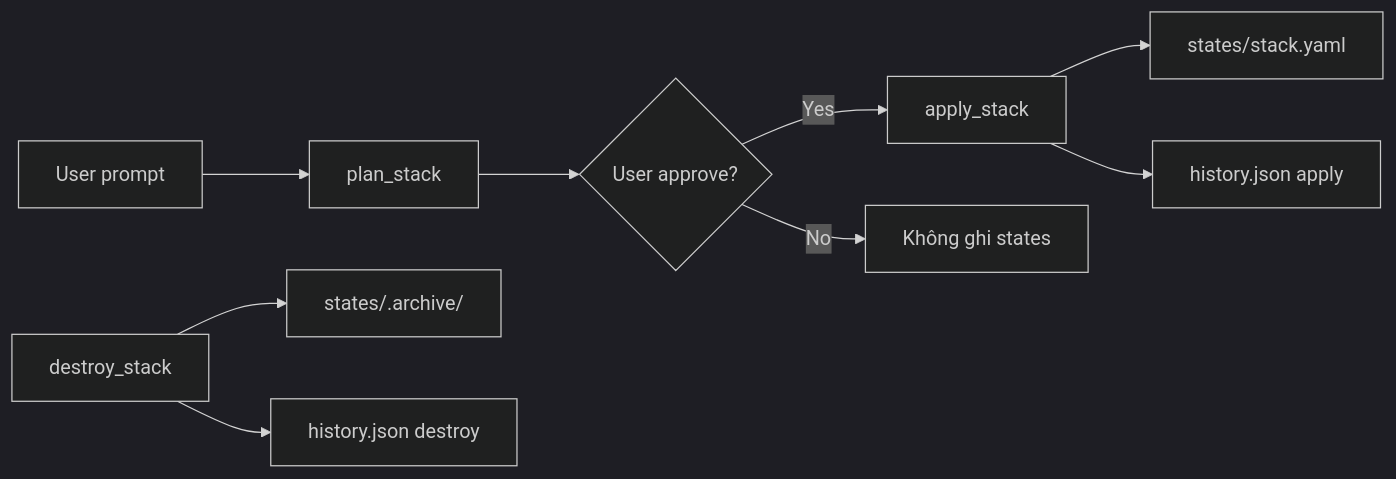
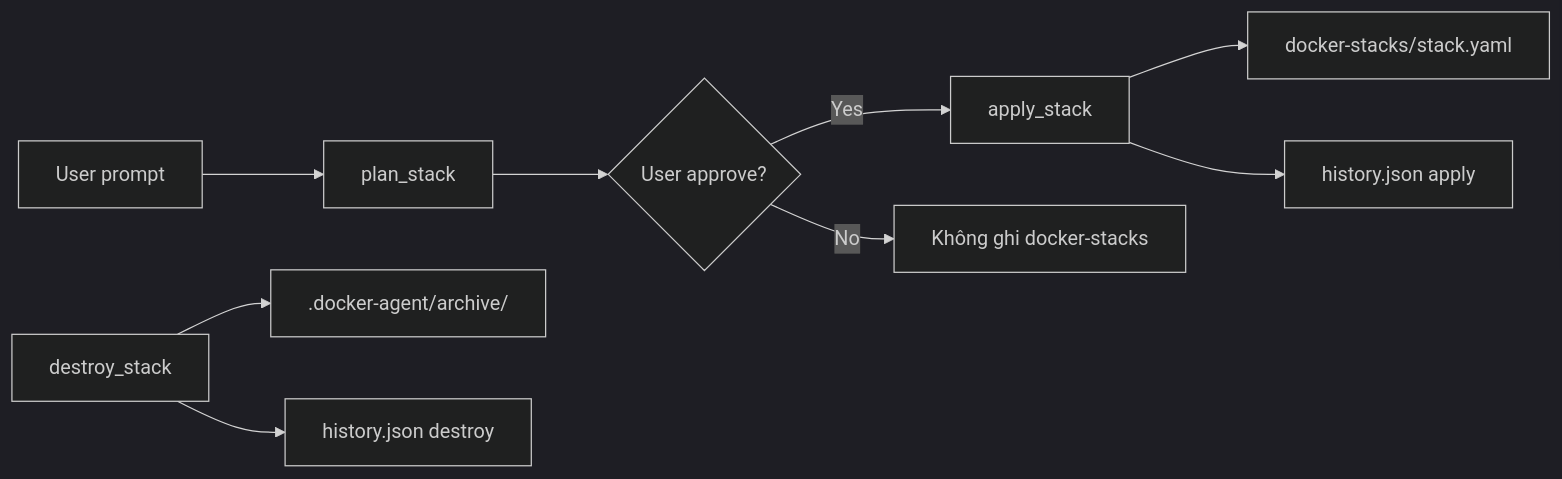
The diagram in docs/docker-agent-directory.md (NeoCyber05/Docker-Agent-CLI), drawn with Mermaid (dark theme) before and after one commit. The commit also changed other lines of this file and 19 other files, not shown here.

````diff
--- a/docs/docker-agent-directory.md
+++ b/docs/docker-agent-directory.md
@@ -184,11 +233,11 @@
 ```mermaid
 flowchart LR
   A[User prompt] --> B[plan_stack]
   B --> C{User approve?}
   C -->|Yes| D[apply_stack]
-  D --> E[states/stack.yaml]
+  D --> E[docker-stacks/stack.yaml]
   D --> F[history.json apply]
-  C -->|No| G[Không ghi states]
-  H[destroy_stack] --> I[states/.archive/]
+  C -->|No| G[Không ghi docker-stacks]
+  H[destroy_stack] --> I[.docker-agent/archive/]
   H --> J[history.json destroy]
 ```
````
